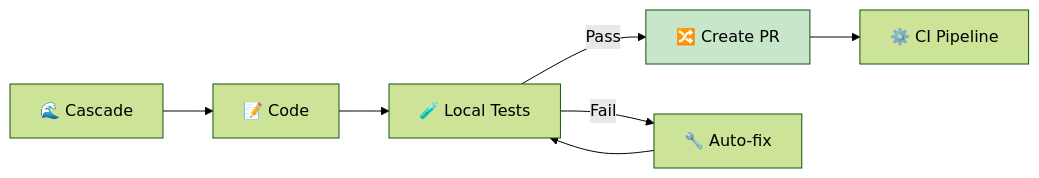
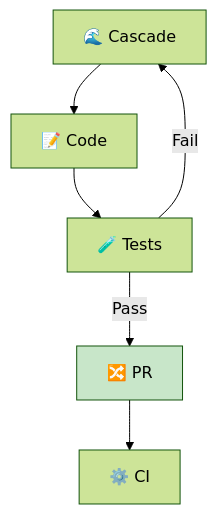
One commit to TheBushidoCollective/han changed the fourth of 6 diagrams in website/content/papers/ai-dlc-2026/runbooks/tooling/windsurf.md. Above: the diagram before and after it, drawn with Mermaid (forest theme). The commit also changed other lines of this file and 21 other files, not shown here.

First line of the commit message:
fix(website): convert all AI-DLC runbook Mermaid diagrams to TB layout

````diff
--- a/website/content/papers/ai-dlc-2026/runbooks/tooling/windsurf.md
+++ b/website/content/papers/ai-dlc-2026/runbooks/tooling/windsurf.md
@@ -254,11 +250,10 @@
 ```mermaid
-flowchart LR
+flowchart TB
     Cascade[🌊 Cascade] --> Code[📝 Code]
-    Code --> Tests[🧪 Local Tests]
-    Tests -->|Pass| PR[🔀 Create PR]
-    Tests -->|Fail| Fix[🔧 Auto-fix]
-    Fix --> Tests
-    PR --> CI[⚙️ CI Pipeline]
+    Code --> Tests[🧪 Tests]
+    Tests -->|Pass| PR[🔀 PR]
+    Tests -->|Fail| Cascade
+    PR --> CI[⚙️ CI]
 
     style PR fill:#c8e6c9
 ```
````
